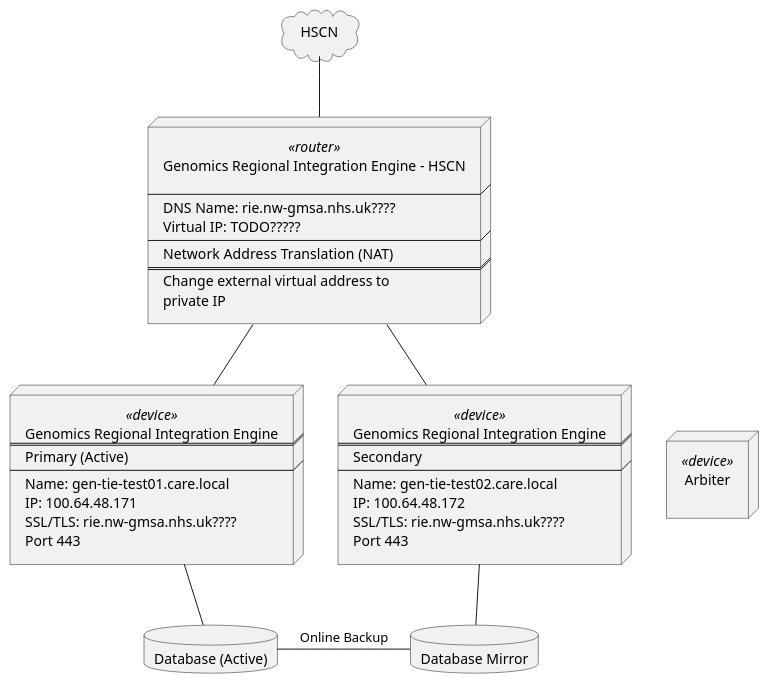
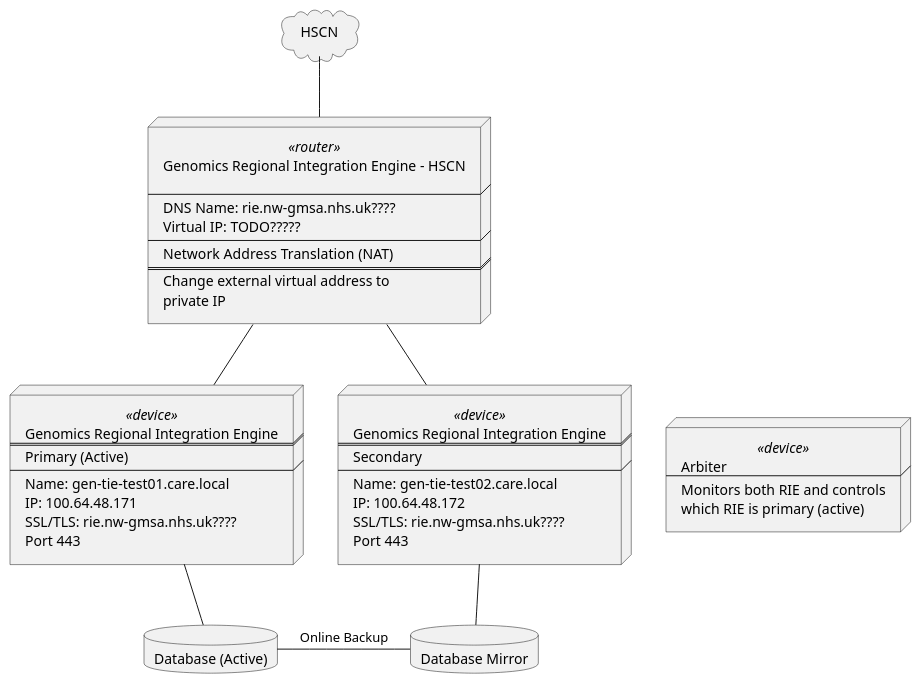
One commit to nw-gmsa/nw-gmsa.github.com changed the diagram in input/images-source/deployment.plantuml. Above: the diagram before and after it, drawn with PlantUML.

Commit message:
Deployment diagram

```diff
--- a/input/images-source/deployment.plantuml
+++ b/input/images-source/deployment.plantuml
@@ -1,79 +1,70 @@
 @startuml
 
 cloud HSCN [
 HSCN
 ]
 
 node network <<router>> [
 Genomics Regional Integration Engine - HSCN
 
 ----
 DNS Name: rie.nw-gmsa.nhs.uk????
 Virtual IP: TODO?????
 ----
 Network Address Translation (NAT)
 ====
 Change external virtual address to
 private IP
-]
-
-
-node arbiter <<device>> [
-Arbiter
-
 ]
 
 
 node tie1 <<device>> [
 Genomics Regional Integration Engine
 ====
 Primary (Active)
 ----
 Name: gen-tie-test01.care.local
 IP: 100.64.48.171
 SSL/TLS: rie.nw-gmsa.nhs.uk????
 Port 443
 ]
 
 
 node tie2 <<device>> [
 Genomics Regional Integration Engine
 ====
 Secondary
 ----
 Name: gen-tie-test02.care.local
 IP: 100.64.48.172
 SSL/TLS: rie.nw-gmsa.nhs.uk????
 Port 443
 ]
 
-node arbiter [
+node arbiter <<device>> [
 Arbiter
 ----
 Monitors both RIE and controls
 which RIE is primary (active)
 ]
-
 
 database database1 [
 Database (Active)
 ]
 
 database database2 [
 Database Mirror
 ]
 
 HSCN -- network
 network -d- tie1
 network -d- tie2
 
 tie1 -r[hidden]- tie2
 tie2 -r[hidden]- arbiter
 
 tie1 -- database1
 database1 -r- database2: Online Backup
 tie2 -- database2
 
-
-
 @enduml
```
